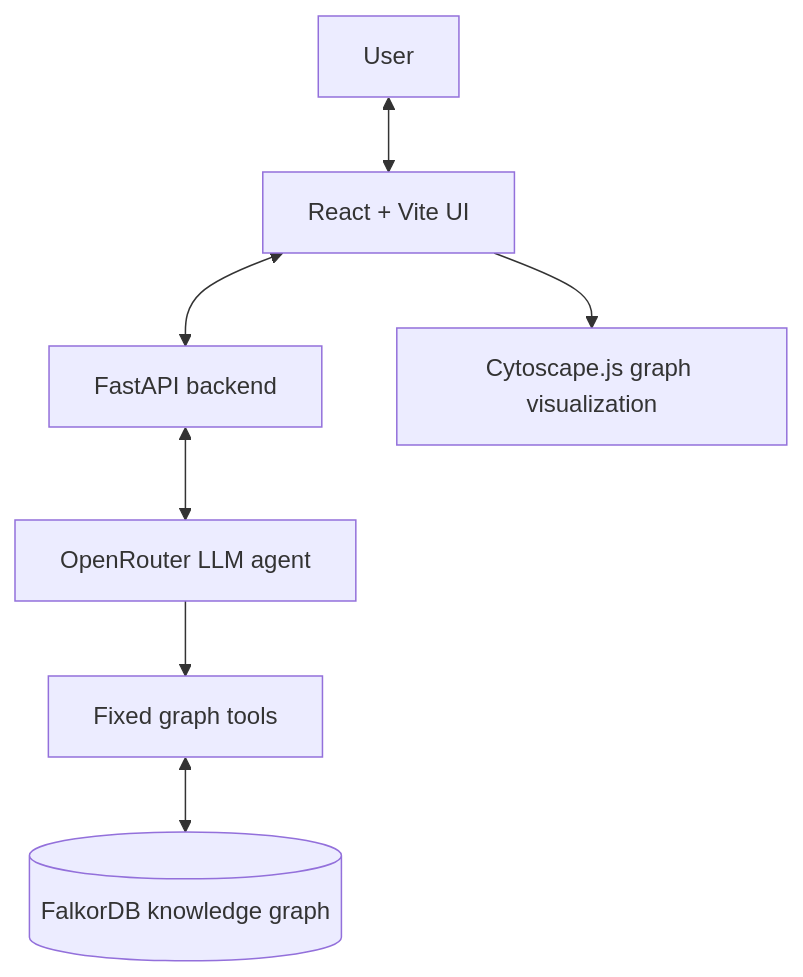
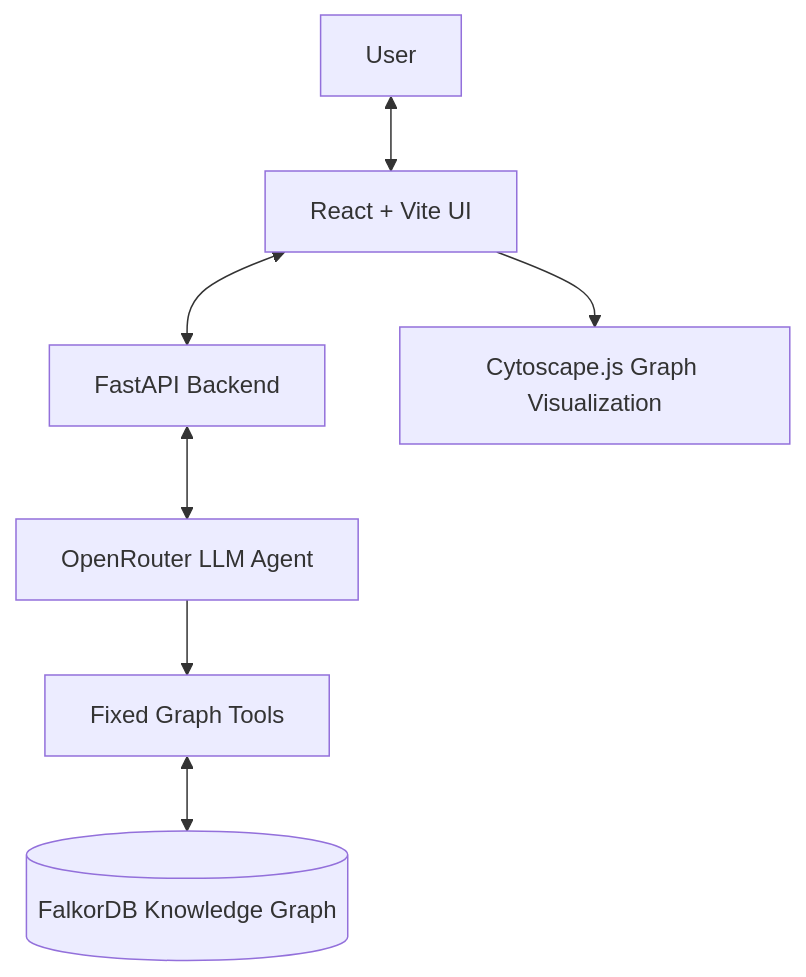
The diagram in README.md (sarthugx/company-brain), drawn with Mermaid before and after one commit. The commit also changed other lines of this file, not shown here.

````diff
--- a/README.md
+++ b/README.md
@@ -41,9 +41,9 @@
 ```mermaid
 flowchart TD
     U[User] <--> FE[React + Vite UI]
-    FE <--> API[FastAPI backend]
-    API <--> AGENT[OpenRouter LLM agent]
-    AGENT --> TOOLS[Fixed graph tools]
-    TOOLS <--> DB[(FalkorDB knowledge graph)]
-    FE --> GRAPH[Cytoscape.js graph visualization]
+    FE <--> API[FastAPI Backend]
+    API <--> AGENT[OpenRouter LLM Agent]
+    AGENT --> TOOLS[Fixed Graph Tools]
+    TOOLS <--> DB[(FalkorDB Knowledge Graph)]
+    FE --> GRAPH[Cytoscape.js Graph Visualization]
 ```
````
